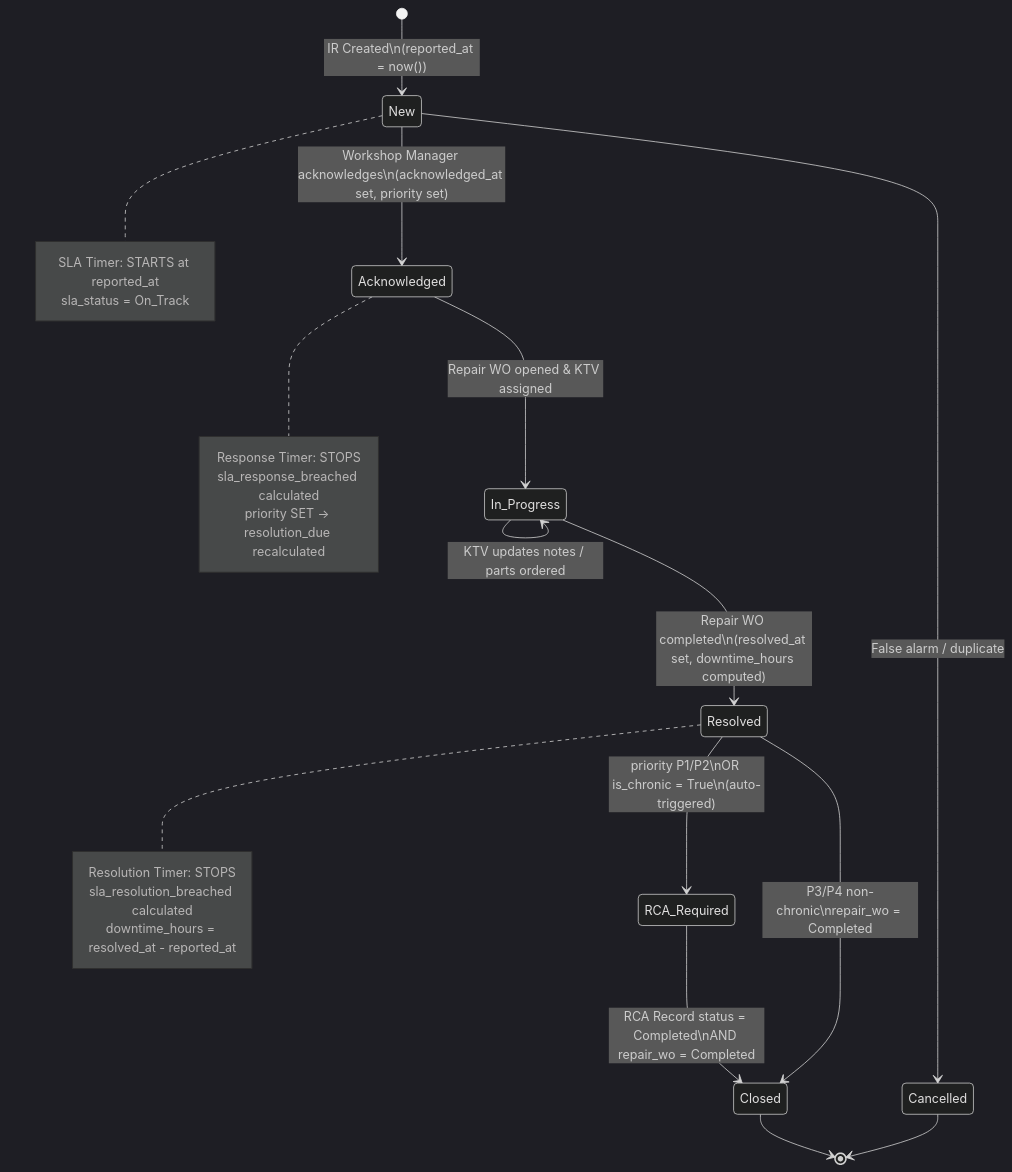
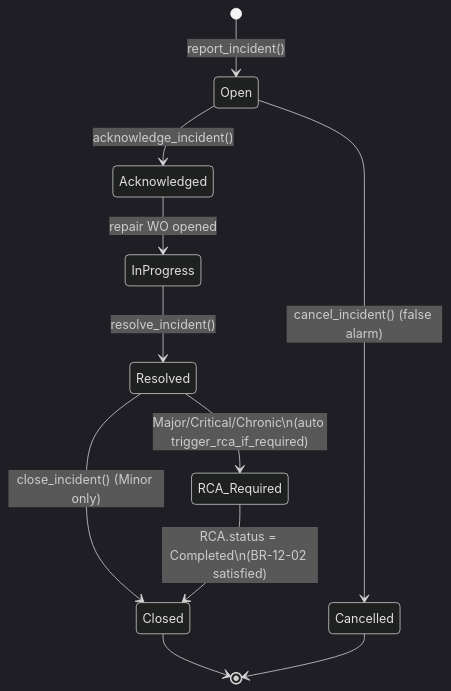
One commit to mvl26/Assetcore changed the second of 4 diagrams in docs/imm-12/IMM-12_Technical_Design.md. Above: the diagram before and after it, drawn with Mermaid (dark theme). The commit also changed other lines of this file and 329 other files, not shown here.

````diff
--- a/docs/imm-12/IMM-12_Technical_Design.md
+++ b/docs/imm-12/IMM-12_Technical_Design.md
@@ -295,37 +373,13 @@
 ```mermaid
 stateDiagram-v2
-    [*] --> New : IR Created\n(reported_at = now())
-
-    New --> Acknowledged : Workshop Manager acknowledges\n(acknowledged_at set, priority set)
-    New --> Cancelled : False alarm / duplicate
-
-    Acknowledged --> In_Progress : Repair WO opened & KTV assigned
-    In_Progress --> In_Progress : KTV updates notes / parts ordered
-
-    In_Progress --> Resolved : Repair WO completed\n(resolved_at set, downtime_hours computed)
-
-    Resolved --> Closed : P3/P4 non-chronic\nrepair_wo = Completed
-    Resolved --> RCA_Required : priority P1/P2\nOR is_chronic = True\n(auto-triggered)
-
-    RCA_Required --> Closed : RCA Record status = Completed\nAND repair_wo = Completed
-
+    [*] --> Open : report_incident()
+    Open --> Acknowledged : acknowledge_incident()
+    Open --> Cancelled : cancel_incident() (false alarm)
+    Acknowledged --> InProgress : repair WO opened
+    InProgress --> Resolved : resolve_incident()
+    Resolved --> Closed : close_incident() (Minor only)
+    Resolved --> RCA_Required : Major/Critical/Chronic\n(auto trigger_rca_if_required)
+    RCA_Required --> Closed : RCA.status = Completed\n(BR-12-02 satisfied)
+    Closed --> [*]
     Cancelled --> [*]
-    Closed --> [*]
-
-    note right of New
-        SLA Timer: STARTS at reported_at
-        sla_status = On_Track
-    end note
-
-    note right of Acknowledged
-        Response Timer: STOPS
-        sla_response_breached calculated
-        priority SET → resolution_due recalculated
-    end note
-
-    note right of Resolved
-        Resolution Timer: STOPS
-        sla_resolution_breached calculated
-        downtime_hours = resolved_at - reported_at
-    end note
 ```
````
